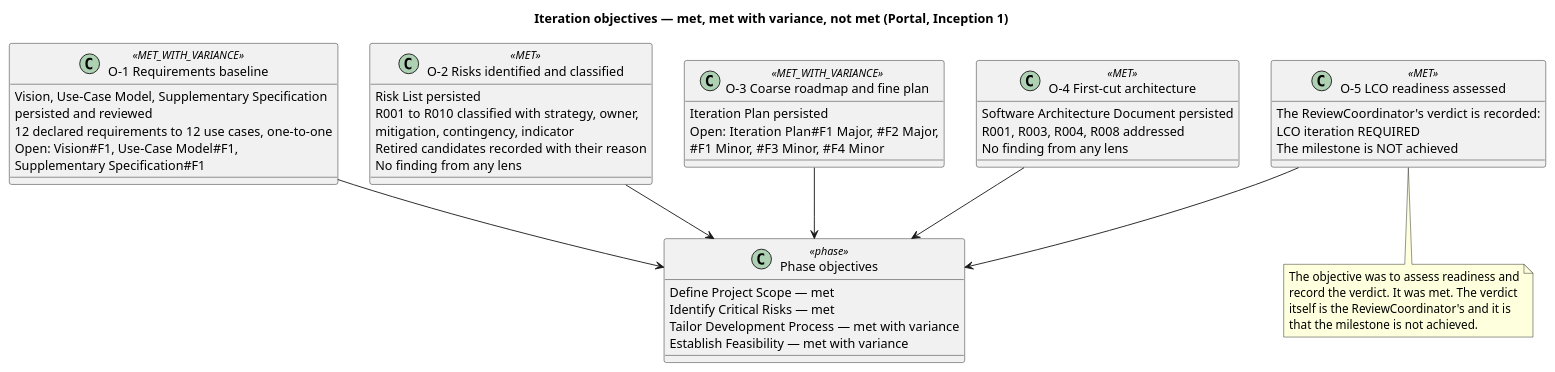
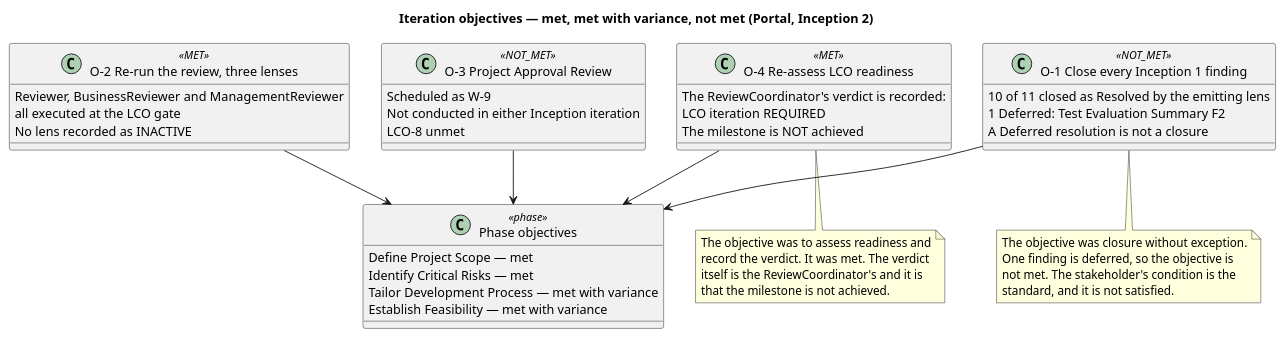
One commit to banense-test/portal changed the first of 3 diagrams in docs/artifacts/project-management/iteration-assessment.md. Above: the diagram before and after it, drawn with PlantUML. The commit also changed other lines of this file, not shown here.

Commit message:
Project Manager [I2]: upsert Iteration Assessment
[skip ci]

````diff
--- a/docs/artifacts/project-management/iteration-assessment.md
+++ b/docs/artifacts/project-management/iteration-assessment.md
@@ -20,61 +18,57 @@
 ```plantuml
 @startuml
-title Iteration objectives — met, met with variance, not met (Portal, Inception 1)
+title Iteration objectives — met, met with variance, not met (Portal, Inception 2)
 
 skinparam classAttributeIconSize 0
 
-class "O-1 Requirements baseline" as O1 <<MET_WITH_VARIANCE>> {
-  Vision, Use-Case Model, Supplementary Specification
-  persisted and reviewed
-  12 declared requirements to 12 use cases, one-to-one
-  Open: Vision#F1, Use-Case Model#F1,
-  Supplementary Specification#F1
+class "O-1 Close every Inception 1 finding" as O1 <<NOT_MET>> {
+  10 of 11 closed as Resolved by the emitting lens
+  1 Deferred: Test Evaluation Summary F2
+  A Deferred resolution is not a closure
 }
 
-class "O-2 Risks identified and classified" as O2 <<MET>> {
-  Risk List persisted
-  R001 to R010 classified with strategy, owner,
-  mitigation, contingency, indicator
-  Retired candidates recorded with their reason
-  No finding from any lens
+class "O-2 Re-run the review, three lenses" as O2 <<MET>> {
+  Reviewer, BusinessReviewer and ManagementReviewer
+  all executed at the LCO gate
+  No lens recorded as INACTIVE
 }
 
-class "O-3 Coarse roadmap and fine plan" as O3 <<MET_WITH_VARIANCE>> {
-  Iteration Plan persisted
-  Open: Iteration Plan#F1 Major, #F2 Major,
-  #F1 Minor, #F3 Minor, #F4 Minor
+class "O-3 Project Approval Review" as O3 <<NOT_MET>> {
+  Scheduled as W-9
+  Not conducted in either Inception iteration
+  LCO-8 unmet
 }
 
-class "O-4 First-cut architecture" as O4 <<MET>> {
-  Software Architecture Document persisted
-  R001, R003, R004, R008 addressed
-  No finding from any lens
-}
-
-class "O-5 LCO readiness assessed" as O5 <<MET>> {
+class "O-4 Re-assess LCO readiness" as O4 <<MET>> {
   The ReviewCoordinator's verdict is recorded:
   LCO iteration REQUIRED
   The milestone is NOT achieved
 }
 
 class "Phase objectives" as PH <<phase>> {
   Define Project Scope — met
   Identify Critical Risks — met
   Tailor Development Process — met with variance
   Establish Feasibility — met with variance
 }
 
 O1 --> PH
 O2 --> PH
 O3 --> PH
 O4 --> PH
-O5 --> PH
 
-note bottom of O5
+note bottom of O1
+  The objective was closure without exception.
+  One finding is deferred, so the objective is
+  not met. The stakeholder's condition is the
+  standard, and it is not satisfied.
+end note
+
+note bottom of O4
   The objective was to assess readiness and
   record the verdict. It was met. The verdict
   itself is the ReviewCoordinator's and it is
   that the milestone is not achieved.
 end note
 @enduml
 ```
````
